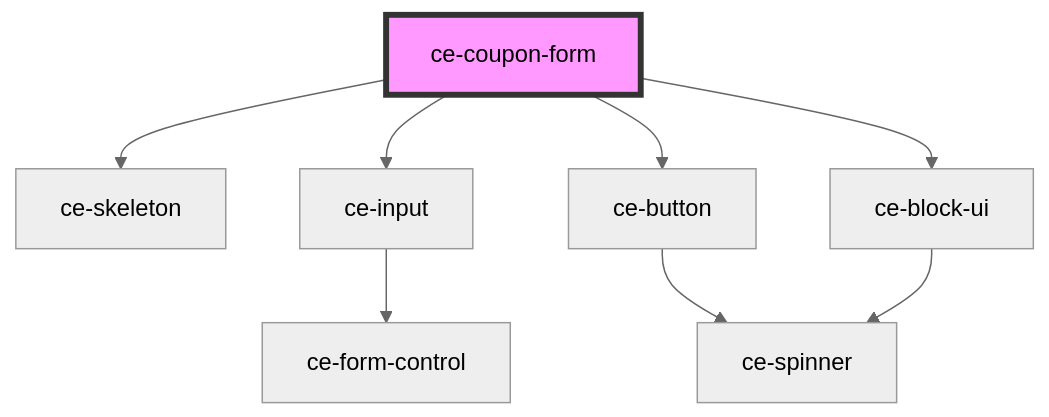
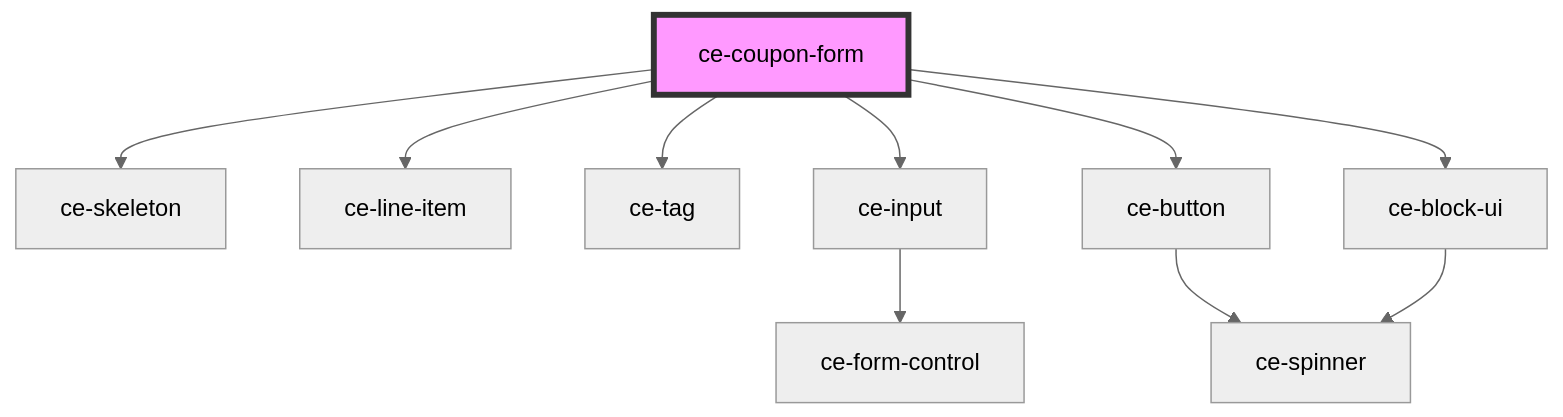
One commit to surecart/surecart-wp-plugin changed the diagram in packages/components/src/components/controllers/coupon-form/readme.md. Above: the diagram before and after it, drawn with Mermaid (neutral theme). The commit also changed other lines of this file and 66 other files, not shown here.

````diff
--- a/packages/components/src/components/controllers/coupon-form/readme.md
+++ b/packages/components/src/components/controllers/coupon-form/readme.md
@@ -34,11 +37,13 @@
 ```mermaid
 graph TD;
   ce-coupon-form --> ce-skeleton
+  ce-coupon-form --> ce-line-item
+  ce-coupon-form --> ce-tag
   ce-coupon-form --> ce-input
   ce-coupon-form --> ce-button
   ce-coupon-form --> ce-block-ui
   ce-input --> ce-form-control
   ce-button --> ce-spinner
   ce-block-ui --> ce-spinner
   style ce-coupon-form fill:#f9f,stroke:#333,stroke-width:4px
 ```
````
